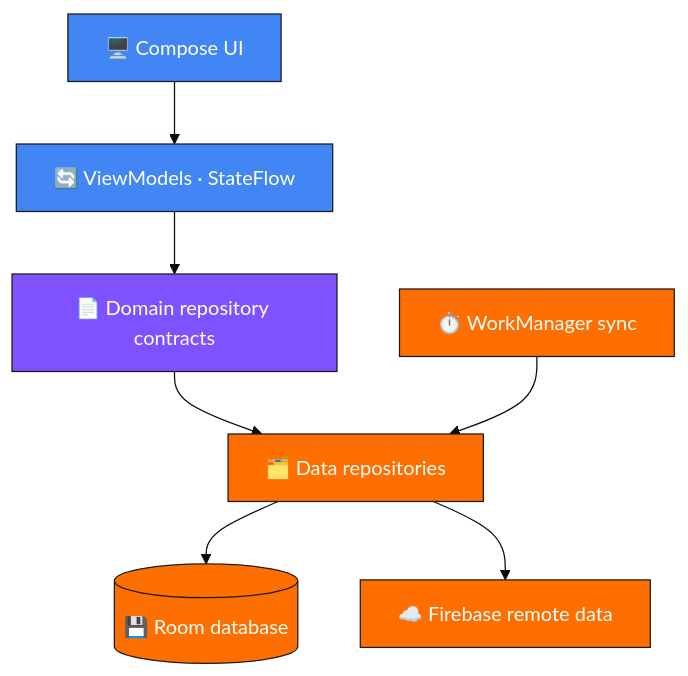
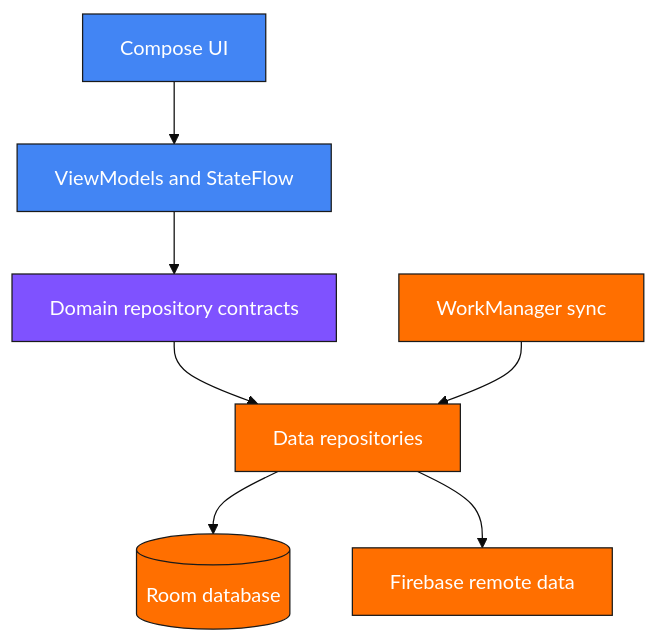
One commit to shubhh00/InstantMechanic changed the diagram in README.md. Above: the diagram before and after it, drawn with Mermaid (base theme). The commit also changed other lines of this file, not shown here.

````diff
--- a/README.md
+++ b/README.md
@@ -91,16 +128,17 @@
 ```mermaid
 flowchart TD
-    UI["🖥️ Compose UI"] --> VM["🔄 ViewModels · StateFlow"]
-    VM --> Contracts["📄 Domain repository contracts"]
-    Contracts --> Repositories["🗂️ Data repositories"]
-    Repositories --> Room[("💾 Room database")]
-    Repositories --> Remote["☁️ Firebase remote data"]
-    Worker["⏱️ WorkManager sync"] --> Repositories
+    UI["Compose UI"] --> VM["ViewModels and StateFlow"]
+    VM --> Contracts["Domain repository contracts"]
+    Contracts --> Repositories["Data repositories"]
+    Repositories --> Room[("Room database")]
+    Repositories --> Remote["Firebase remote data"]
+    Worker["WorkManager sync"] --> Repositories
 
     classDef ui fill:#4285F4,stroke:#1a1a1a,color:#fff
     classDef domain fill:#7F52FF,stroke:#1a1a1a,color:#fff
     classDef data fill:#FF6F00,stroke:#1a1a1a,color:#fff
+
     class UI,VM ui
     class Contracts domain
     class Repositories,Room,Remote,Worker data
 ```
````
